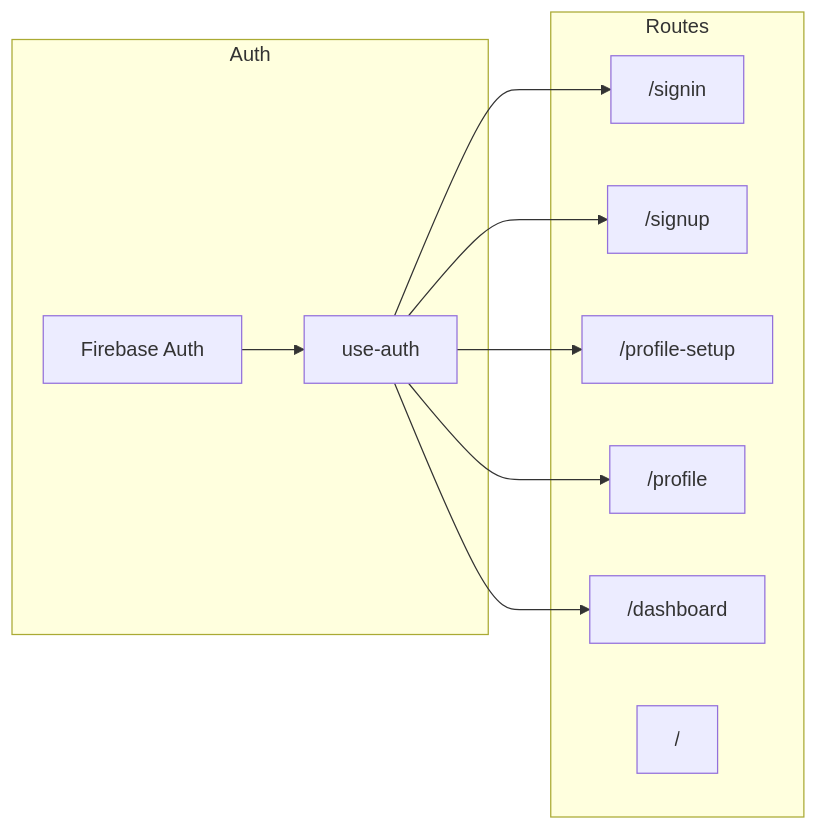
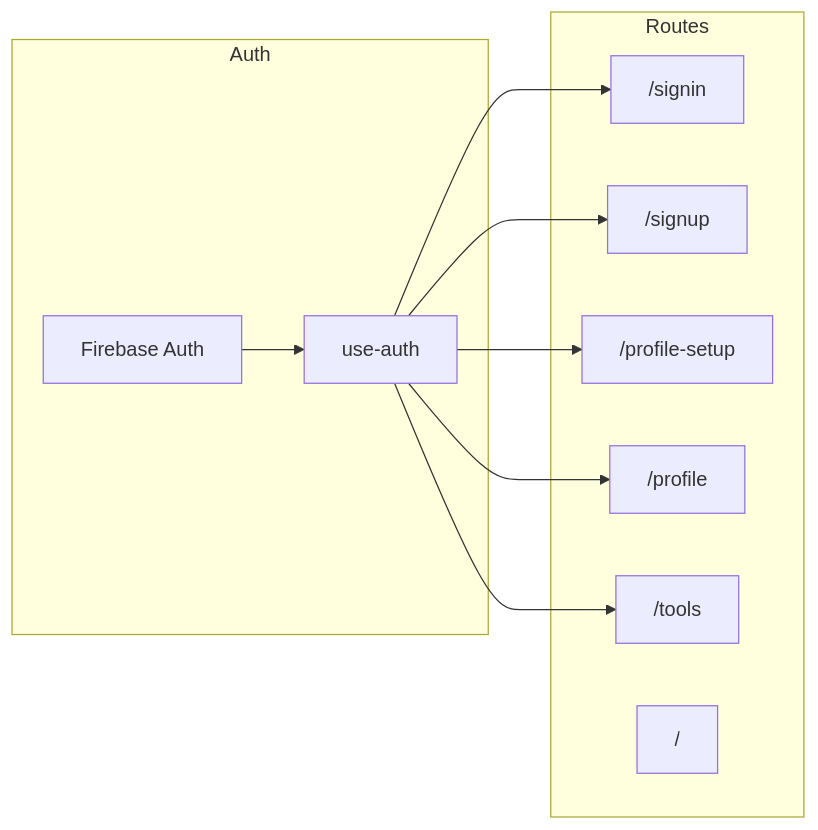
One commit to AndyOliverR/FutureSeer changed the diagram in docs/AUTH_AND_ROUTING_SUMMARY.md. Above: the diagram before and after it, drawn with Mermaid. The commit also changed other lines of this file and 12 other files, not shown here.

````diff
--- a/docs/AUTH_AND_ROUTING_SUMMARY.md
+++ b/docs/AUTH_AND_ROUTING_SUMMARY.md
@@ -12,21 +12,21 @@
 ```mermaid
 flowchart LR
   subgraph auth [Auth]
     Firebase[Firebase Auth]
     AuthProvider[use-auth]
     Firebase --> AuthProvider
   end
   subgraph routes [Routes]
     SignIn["/signin"]
     SignUp["/signup"]
     ProfileSetup["/profile-setup"]
     Profile["/profile"]
-    Dashboard["/dashboard"]
+    Tools["/tools"]
     Home["/"]
   end
   AuthProvider --> SignIn
   AuthProvider --> SignUp
   AuthProvider --> ProfileSetup
   AuthProvider --> Profile
-  AuthProvider --> Dashboard
+  AuthProvider --> Tools
 ```
````
